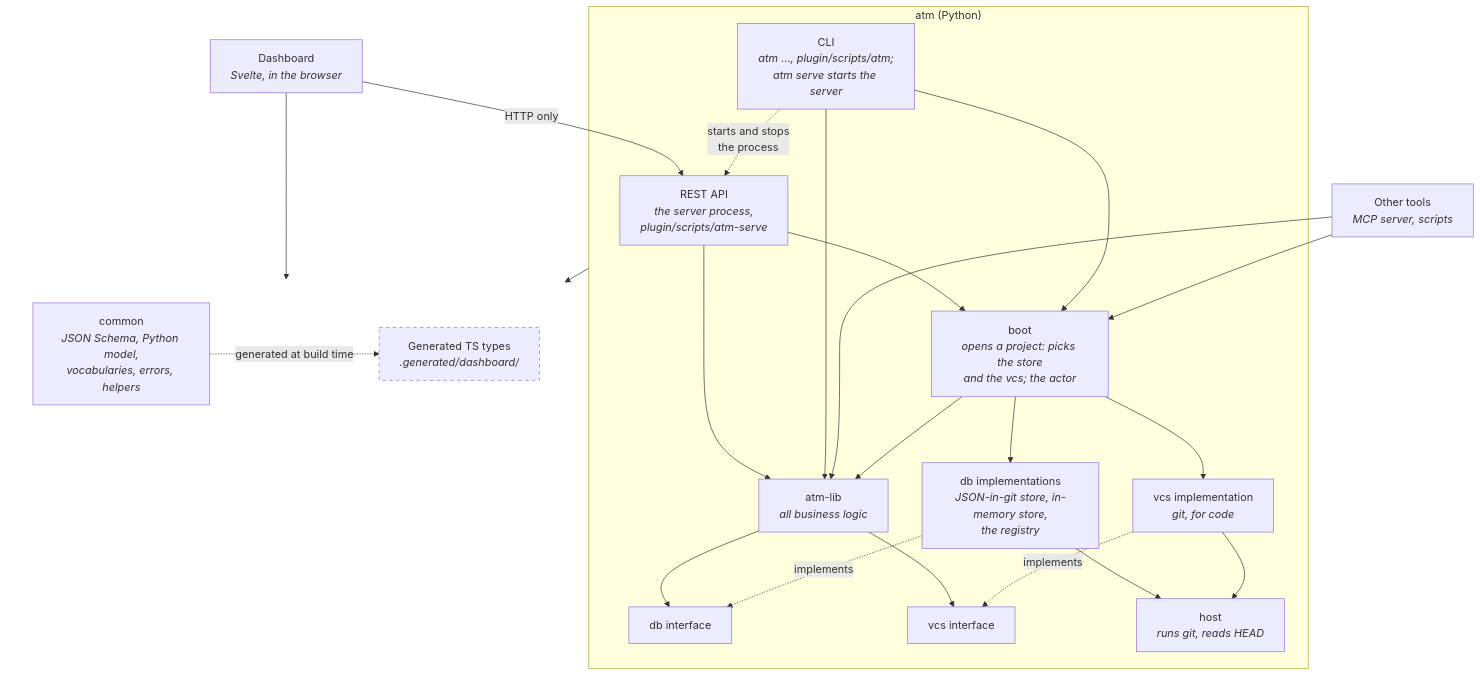
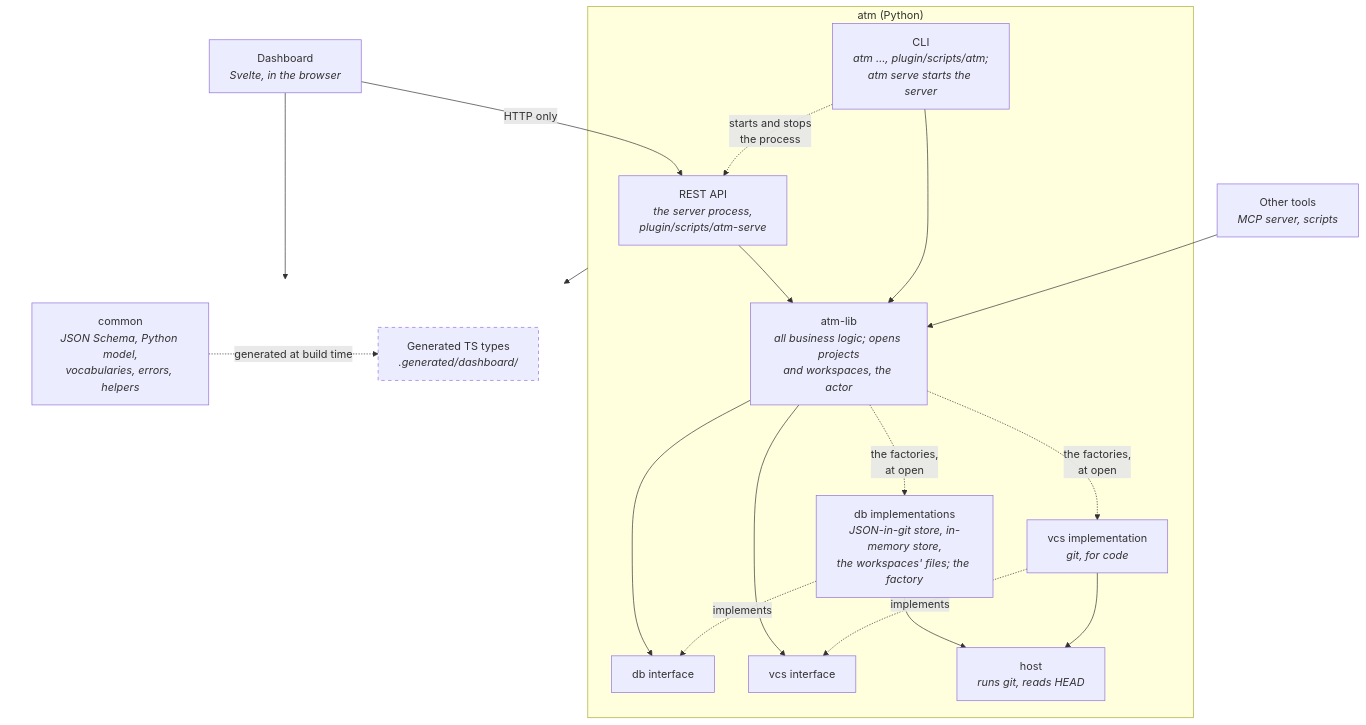
Before and after one commit to solo-swe/agentic-task-manager: the first of 2 diagrams in docs/layered-architecture.md, drawn with Mermaid. The commit also changed other lines of this file and 40 other files, not shown here.

Commit message:
feat(T-492): Workspaces 3: the CLI and the API on atm-lib alone; the atm-boot crate removed

````diff
--- a/docs/layered-architecture.md
+++ b/docs/layered-architecture.md
@@ -25,48 +25,43 @@
 ```mermaid
 flowchart TD
     Dashboard["Dashboard<br/><i>Svelte, in the browser</i>"]
     Tools["Other tools<br/><i>MCP server, scripts</i>"]
 
     subgraph Python["atm (Python)"]
         API["REST API<br/><i>the server process,<br/>plugin/scripts/atm-serve</i>"]
         CLI["CLI<br/><i>atm …, plugin/scripts/atm;<br/>atm serve starts the server</i>"]
-        Boot["boot<br/><i>opens a project: picks the store<br/>and the vcs; the actor</i>"]
-        Lib["atm-lib<br/><i>all business logic</i>"]
+        Lib["atm-lib<br/><i>all business logic; opens projects<br/>and workspaces, the actor</i>"]
         DbI["db interface"]
         VcsI["vcs interface"]
-        Db["db implementations<br/><i>JSON-in-git store, in-memory store,<br/>the registry</i>"]
+        Db["db implementations<br/><i>JSON-in-git store, in-memory store,<br/>the workspaces' files; the factory</i>"]
         Vcs["vcs implementation<br/><i>git, for code</i>"]
         Host["host<br/><i>runs git, reads HEAD</i>"]
     end
 
     subgraph Shared[" "]
         direction LR
         Common["common<br/><i>JSON Schema, Python model,<br/>vocabularies, errors, helpers</i>"]
         TSTypes["Generated TS types<br/><i>.generated/dashboard/</i>"]
     end
 
     Dashboard -- "HTTP only" --> API
     CLI -. "starts and stops<br/>the process" .-> API
     API --> Lib
     CLI --> Lib
-    API --> Boot
-    CLI --> Boot
     Tools --> Lib
-    Tools --> Boot
-    Boot --> Lib
-    Boot --> Db
-    Boot --> Vcs
     Lib --> DbI
     Lib --> VcsI
+    Lib -. "the factories,<br/>at open" .-> Db
+    Lib -. "the factories,<br/>at open" .-> Vcs
     Db -. implements .-> DbI
     Vcs -. implements .-> VcsI
     Db --> Host
     Vcs --> Host
     Python --> Common
     Dashboard --> TSTypes
     Common -. "generated at build time" .-> TSTypes
 
     classDef generated stroke-dasharray: 5 5
     class TSTypes generated
     style Shared fill:none,stroke:none
 ```
````
